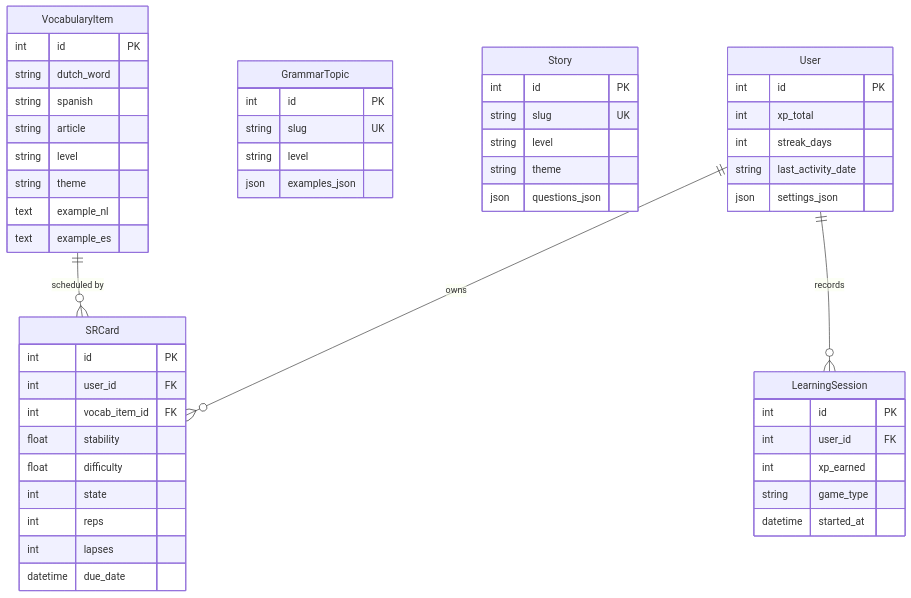
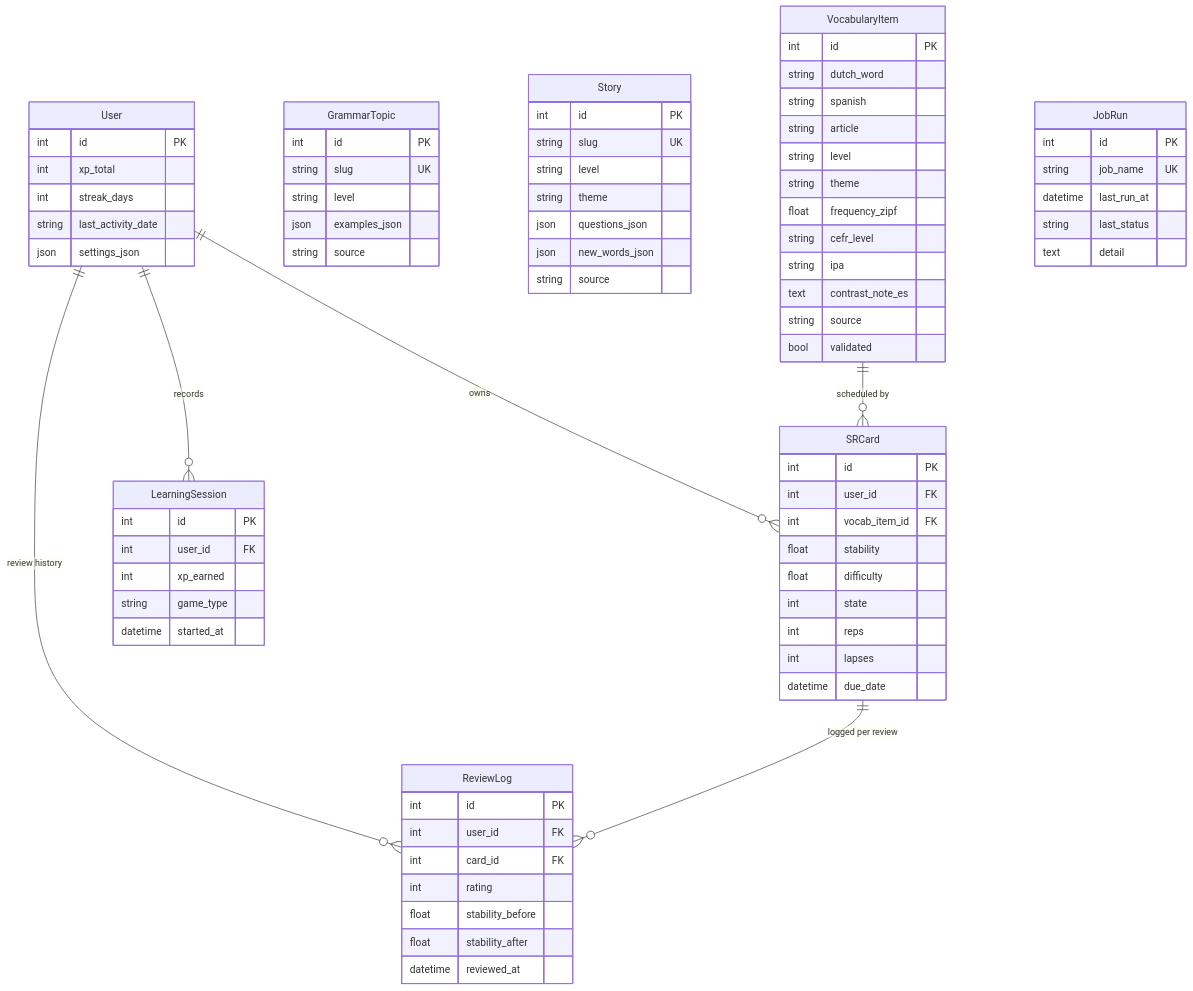
The second of 6 diagrams in README.md (dccartagena/nederlands-leren), drawn with Mermaid before and after one commit. The commit also changed other lines of this file and 1 other file, not shown here.

````diff
--- a/README.md
+++ b/README.md
@@ -410,8 +444,12 @@
         string article
         string level
         string theme
-        text example_nl
-        text example_es
+        float frequency_zipf
+        string cefr_level
+        string ipa
+        text contrast_note_es
+        string source
+        bool validated
     }
 
     GrammarTopic {
@@ -419,6 +457,7 @@
         string slug UK
         string level
         json examples_json
+        string source
     }
 
     Story {
@@ -427,6 +466,8 @@
         string level
         string theme
         json questions_json
+        json new_words_json
+        string source
     }
 
     User {
@@ -449,6 +490,16 @@
         datetime due_date
     }
 
+    ReviewLog {
+        int id PK
+        int user_id FK
+        int card_id FK
+        int rating
+        float stability_before
+        float stability_after
+        datetime reviewed_at
+    }
+
     LearningSession {
         int id PK
         int user_id FK
@@ -457,7 +508,17 @@
         datetime started_at
     }
 
+    JobRun {
+        int id PK
+        string job_name UK
+        datetime last_run_at
+        string last_status
+        text detail
+    }
+
     User ||--o{ SRCard : owns
     User ||--o{ LearningSession : records
+    User ||--o{ ReviewLog : "review history"
     VocabularyItem ||--o{ SRCard : "scheduled by"
+    SRCard ||--o{ ReviewLog : "logged per review"
 ```
````
